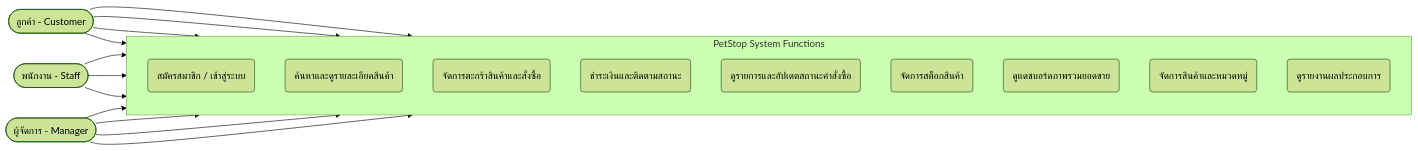
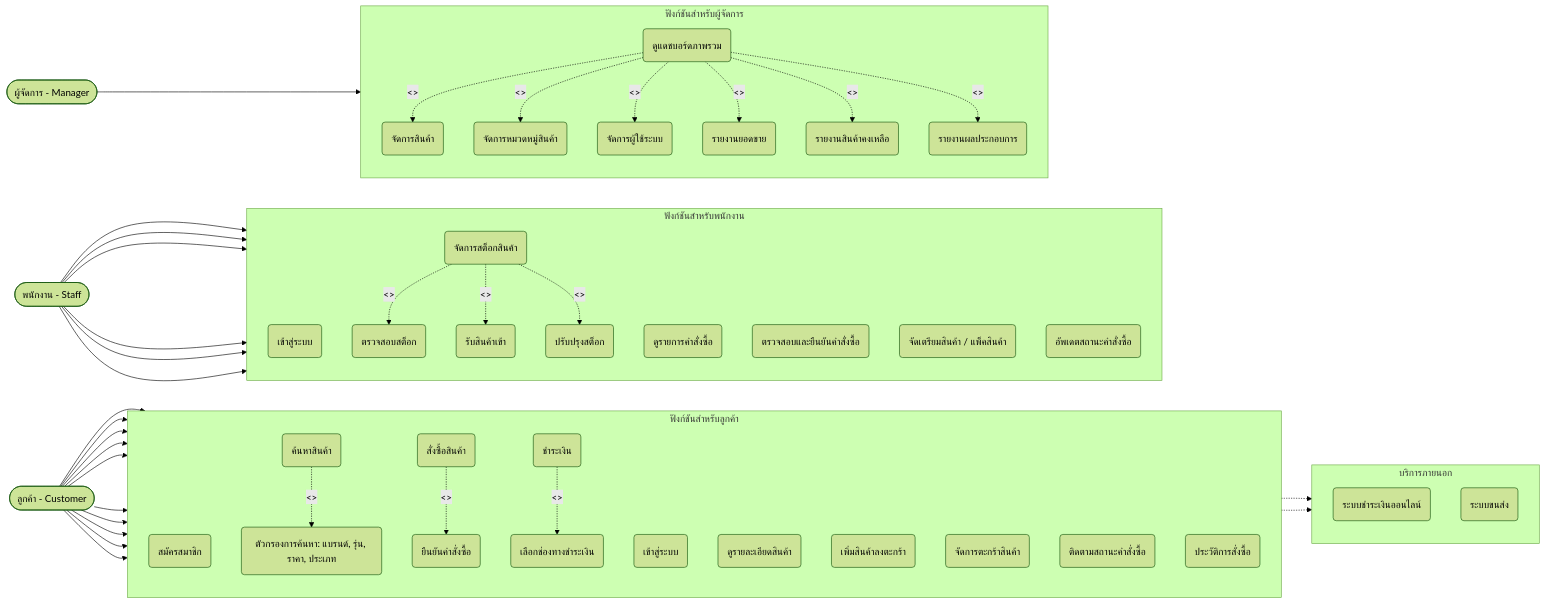
The first of 6 diagrams in README.md (KumPong/petshop), drawn with Mermaid (forest theme) before and after one commit. The commit also changed other lines of this file, not shown here.

````diff
--- a/README.md
+++ b/README.md
@@ -119,40 +119,82 @@
 ```mermaid
 flowchart LR
     %% Actors
     Customer([ลูกค้า - Customer])
     Staff([พนักงาน - Staff])
     Manager([ผู้จัดการ - Manager])
 
-    %% Use Cases
-    subgraph PetStop System Functions
+    %% Customer Subgraph
+    subgraph Customer_Functions [ฟังก์ชันสำหรับลูกค้า]
         direction TB
-        UC1(สมัครสมาชิก / เข้าสู่ระบบ)
-        UC2(ค้นหาและดูรายละเอียดสินค้า)
-        UC3(จัดการตะกร้าสินค้าและสั่งซื้อ)
-        UC4(ชำระเงินและติดตามสถานะ)
+        C1(สมัครสมาชิก)
+        C2(เข้าสู่ระบบ)
+        C3(ค้นหาสินค้า)
+        C4(ดูรายละเอียดสินค้า)
+        C5(เพิ่มสินค้าลงตะกร้า)
+        C6(จัดการตะกร้าสินค้า)
+        C7(สั่งซื้อสินค้า)
+        C8(ชำระเงิน)
+        C9(ติดตามสถานะคำสั่งซื้อ)
+        C10(ประวัติการสั่งซื้อ)
         
-        US1(ดูรายการและอัปเดตสถานะคำสั่งซื้อ)
-        US2(จัดการสต็อกสินค้า)
+        C_Ext1(ตัวกรองการค้นหา: แบรนด์, รุ่น, ราคา, ประเภท)
+        C_Ext2(ยืนยันคำสั่งซื้อ)
+        C_Ext3(เลือกช่องทางชำระเงิน)
         
-        UM1(ดูแดชบอร์ดภาพรวมยอดขาย)
-        UM2(จัดการสินค้าและหมวดหมู่)
-        UM3(ดูรายงานผลประกอบการ)
+        C3 -.->|<<extend>>| C_Ext1
+        C7 -.->|<<include>>| C_Ext2
+        C8 -.->|<<include>>| C_Ext3
     end
 
-    %% Customer Links
-    Customer --> UC1
-    Customer --> UC2
-    Customer --> UC3
-    Customer --> UC4
+    %% External Services
+    subgraph External_Services [บริการภายนอก]
+        direction TB
+        E1(ระบบชำระเงินออนไลน์)
+        E2(ระบบขนส่ง)
+    end
+    C8 -.-> E1
+    C9 -.-> E2
 
-    %% Staff Links
-    Staff --> UC1
-    Staff --> US1
-    Staff --> US2
+    %% Staff Subgraph
+    subgraph Staff_Functions [ฟังก์ชันสำหรับพนักงาน]
+        direction TB
+        S1(เข้าสู่ระบบ)
+        S2(ดูรายการคำสั่งซื้อ)
+        S3(ตรวจสอบและยืนยันคำสั่งซื้อ)
+        S4(จัดเตรียมสินค้า / แพ็คสินค้า)
+        S5(อัพเดตสถานะคำสั่งซื้อ)
+        S6(จัดการสต็อกสินค้า)
+        
+        S_Ext1(ตรวจสอบสต็อก)
+        S_Ext2(รับสินค้าเข้า)
+        S_Ext3(ปรับปรุงสต็อก)
+        
+        S6 -.->|<<include>>| S_Ext1
+        S6 -.->|<<include>>| S_Ext2
+        S6 -.->|<<include>>| S_Ext3
+    end
 
-    %% Manager Links
-    Manager --> UC1
-    Manager --> UM1
-    Manager --> UM2
-    Manager --> UM3
+    %% Manager Subgraph
+    subgraph Manager_Functions [ฟังก์ชันสำหรับผู้จัดการ]
+        direction TB
+        M1(ดูแดชบอร์ดภาพรวม)
+        M2(จัดการสินค้า)
+        M3(จัดการหมวดหมู่สินค้า)
+        M4(จัดการผู้ใช้ระบบ)
+        M5(รายงานยอดขาย)
+        M6(รายงานสินค้าคงเหลือ)
+        M7(รายงานผลประกอบการ)
+        
+        M1 -.->|<<include>>| M2
+        M1 -.->|<<include>>| M3
+        M1 -.->|<<include>>| M4
+        M1 -.->|<<include>>| M5
+        M1 -.->|<<include>>| M6
+        M1 -.->|<<include>>| M7
+    end
+
+    %% Actor Connections
+    Customer --> C1 & C2 & C3 & C4 & C5 & C6 & C7 & C8 & C9 & C10
+    Staff --> S1 & S2 & S3 & S4 & S5 & S6
+    Manager --> M1
 ```
````
